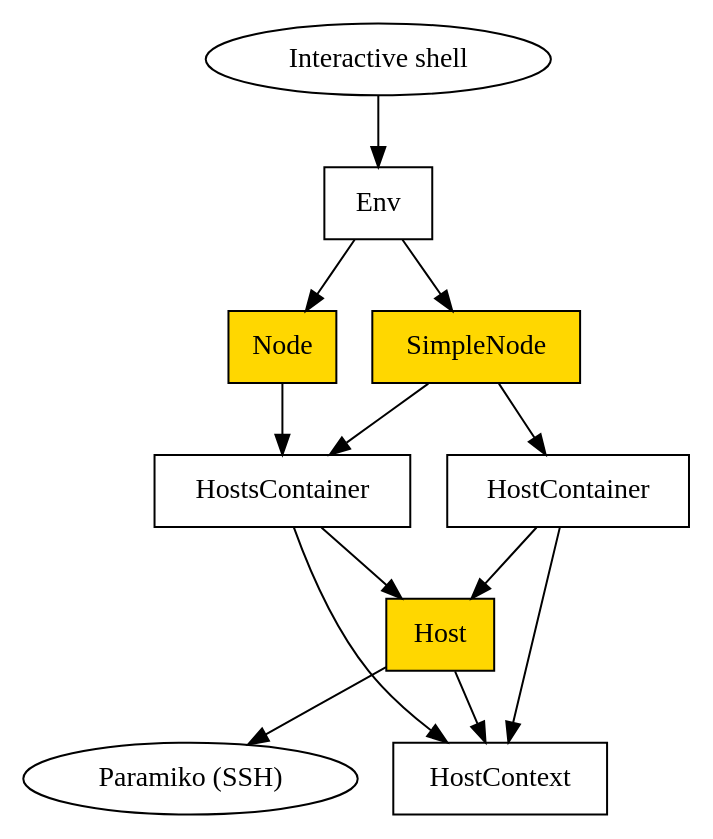
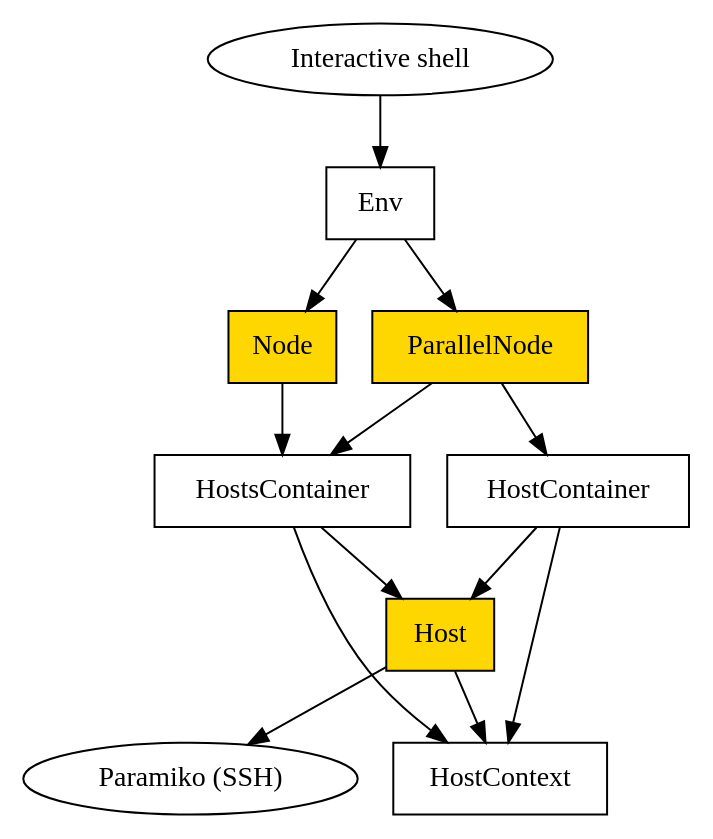
The diagram in docs/pages/internals.rst (jonathanslenders/python-deployer), drawn with Graphviz before and after one commit. The commit also changed other lines of this file and 6 other files, not shown here.

```diff
--- a/docs/pages/internals.rst
+++ b/docs/pages/internals.rst
@@ -20,28 +20,28 @@
 .. graphviz::
 
    digraph internals{
        "Node" [style=filled, fillcolor=gold1];
-       "SimpleNode" [style=filled, fillcolor=gold1];
+       "ParallelNode" [style=filled, fillcolor=gold1];
        "Host" [style=filled, fillcolor=gold1];
 
        "Host" [shape=box];
        "HostContainer" [shape=box];
        "HostsContainer" [shape=box];
        "Node" [shape=box];
-       "SimpleNode" [shape=box];
+       "ParallelNode" [shape=box];
        "Env" [shape=box];
        "HostContext" [shape=box];
 
        "Host" -> "HostContext";
        "Host" -> "Paramiko (SSH)";
        "HostsContainer" -> "Host";
        "HostContainer" -> "Host";
        "HostsContainer" -> "HostContext";
        "HostContainer" -> "HostContext";
        "Node" -> "HostsContainer";
-       "SimpleNode" -> "HostsContainer";
-       "SimpleNode" -> "HostContainer";
+       "ParallelNode" -> "HostsContainer";
+       "ParallelNode" -> "HostContainer";
        "Env" -> "Node";
-       "Env" -> "SimpleNode";
+       "Env" -> "ParallelNode";
        "Interactive shell" -> "Env";
    }
```
